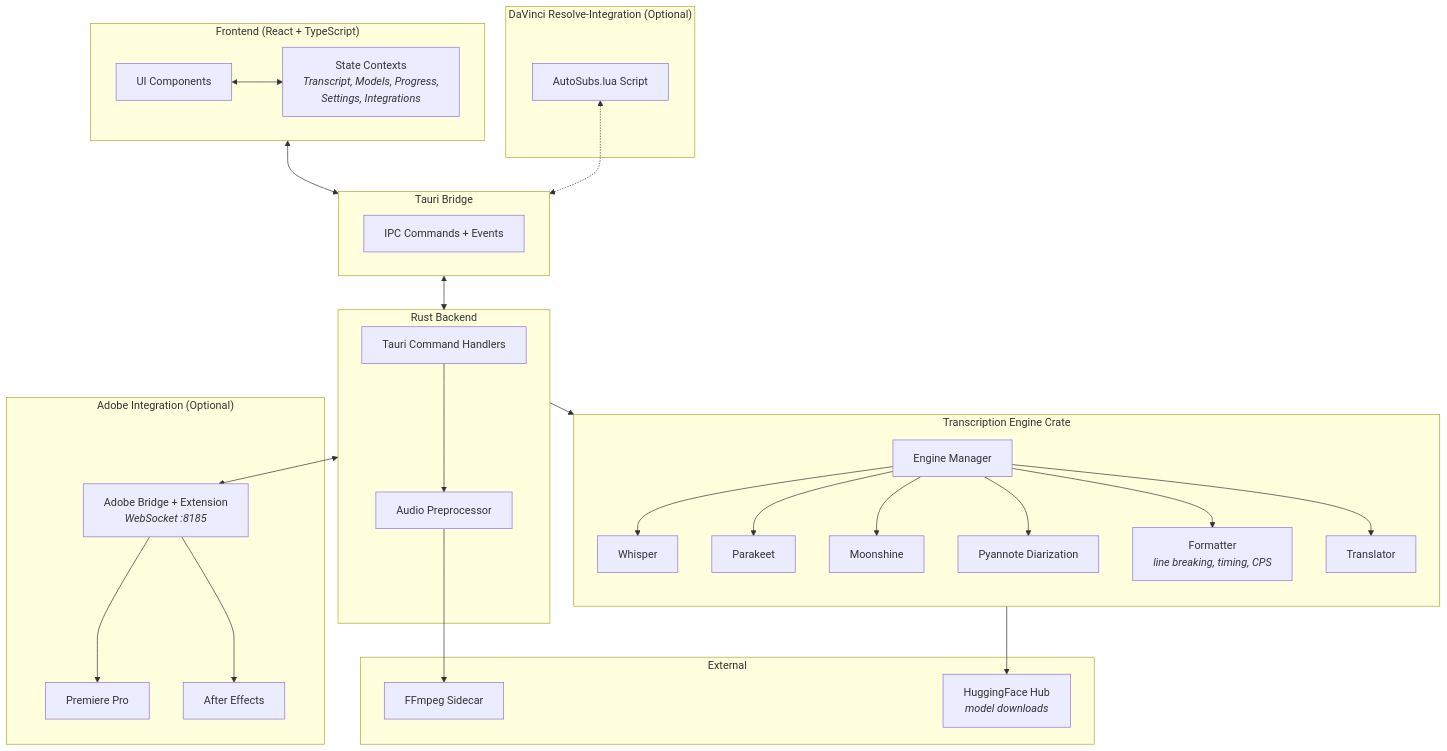
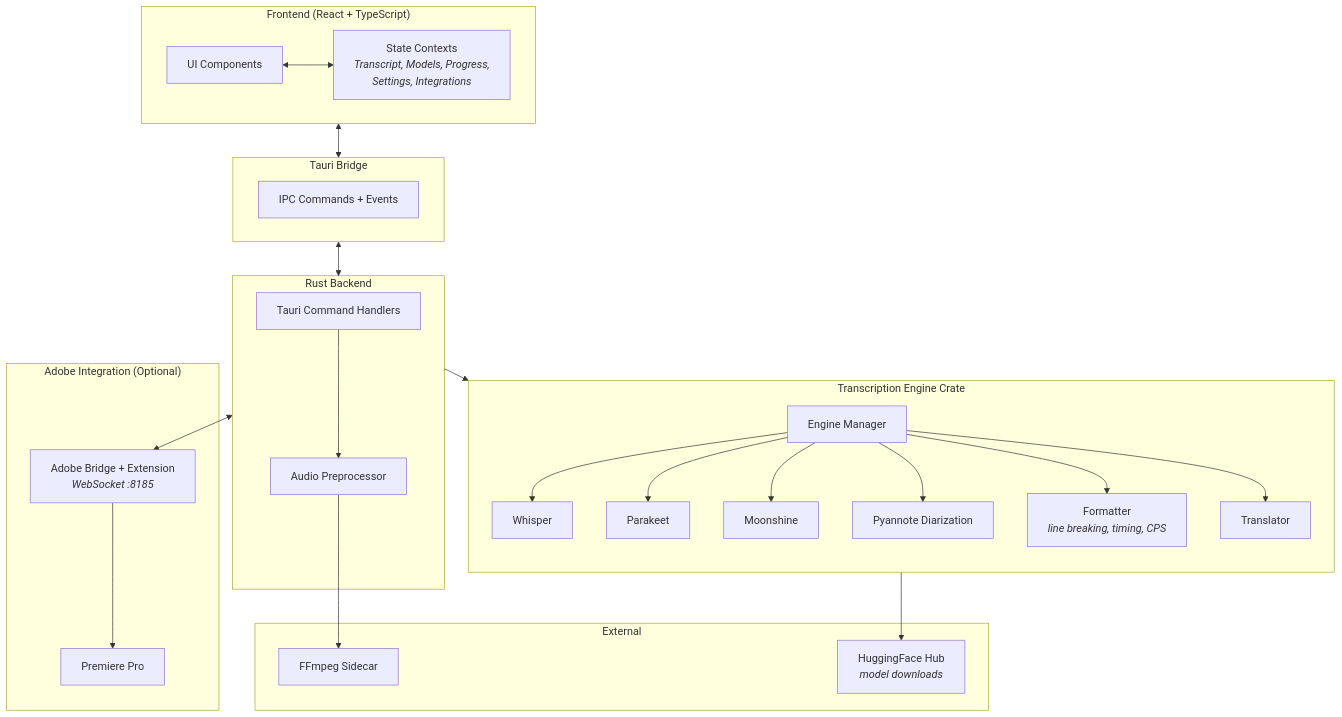
The diagram in AutoSubs-App/README.md (log-ddl/ddl_autosub), drawn with Mermaid before and after one commit. The commit also changed other lines of this file and 285 other files, not shown here.

First line of the commit message:
Premiere-only: drop Resolve, CapCut, After Effects and Auto Edit

````diff
--- a/AutoSubs-App/README.md
+++ b/AutoSubs-App/README.md
@@ -25,54 +23,47 @@
 ```mermaid
 graph TB
     subgraph Frontend ["Frontend (React + TypeScript)"]
         UI[UI Components]
         CTX[State Contexts<br><i>Transcript, Models, Progress,<br>Settings, Integrations</i>]
         UI <--> CTX
     end
 
     subgraph Tauri ["Tauri Bridge"]
         IPC[IPC Commands + Events]
     end
 
     subgraph Backend ["Rust Backend"]
         API[Tauri Command Handlers]
         AP[Audio Preprocessor]
         API --> AP
     end
 
     subgraph Engine ["Transcription Engine Crate"]
         direction TB
         EM[Engine Manager]
         EM --> W[Whisper]
         EM --> P[Parakeet]
         EM --> M[Moonshine]
         EM --> D[Pyannote Diarization]
         EM --> FMT[Formatter<br><i>line breaking, timing, CPS</i>]
         EM --> TR[Translator]
     end
 
     subgraph External ["External"]
         FF[FFmpeg Sidecar]
         HF[HuggingFace Hub<br><i>model downloads</i>]
     end
 
-    subgraph Resolve ["DaVinci Resolve-Integration (Optional)"]
-        LUA[AutoSubs.lua Script]
-    end
-
     subgraph Adobe ["Adobe Integration (Optional)"]
         WS[Adobe Bridge + Extension<br><i>WebSocket :8185</i>]
         PR[Premiere Pro]
-        AE[After Effects]
         WS --> PR
-        WS --> AE
     end
 
     Frontend <--> Tauri
     Tauri <--> Backend
     Backend --> Engine
     AP --> FF
     Engine --> HF
-    LUA <-.-> Tauri
     Backend <--> WS
 ```
````
